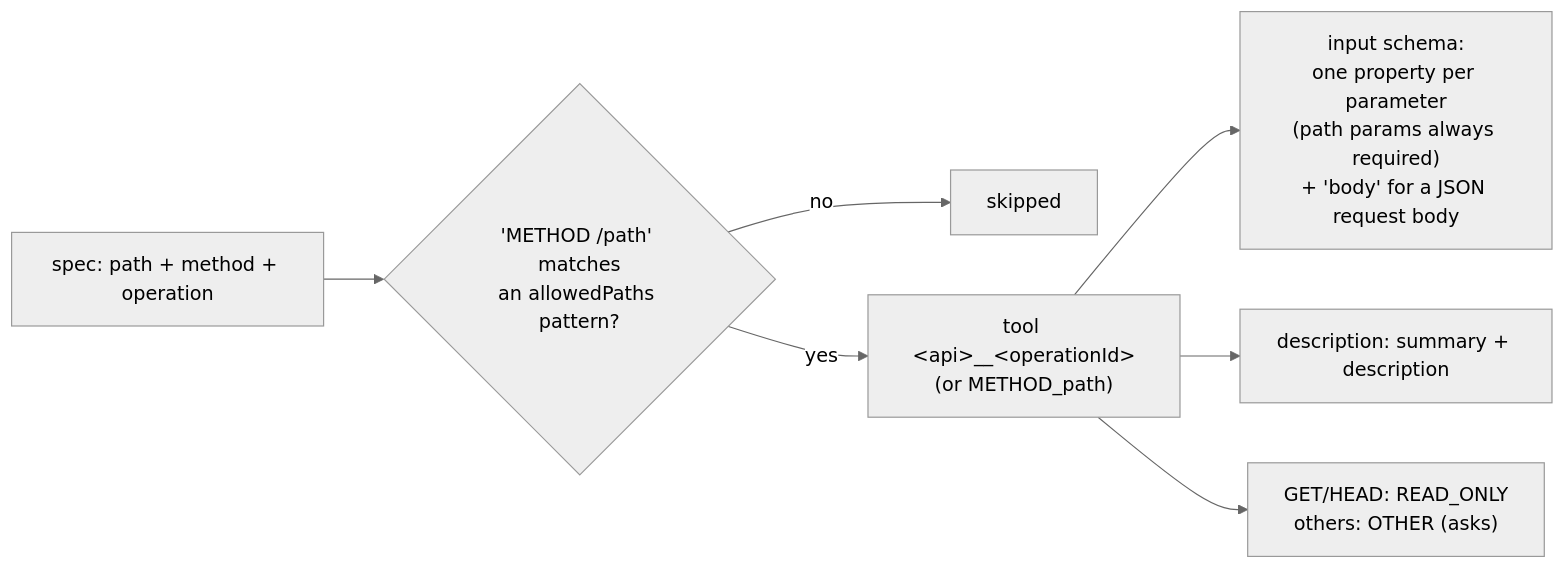
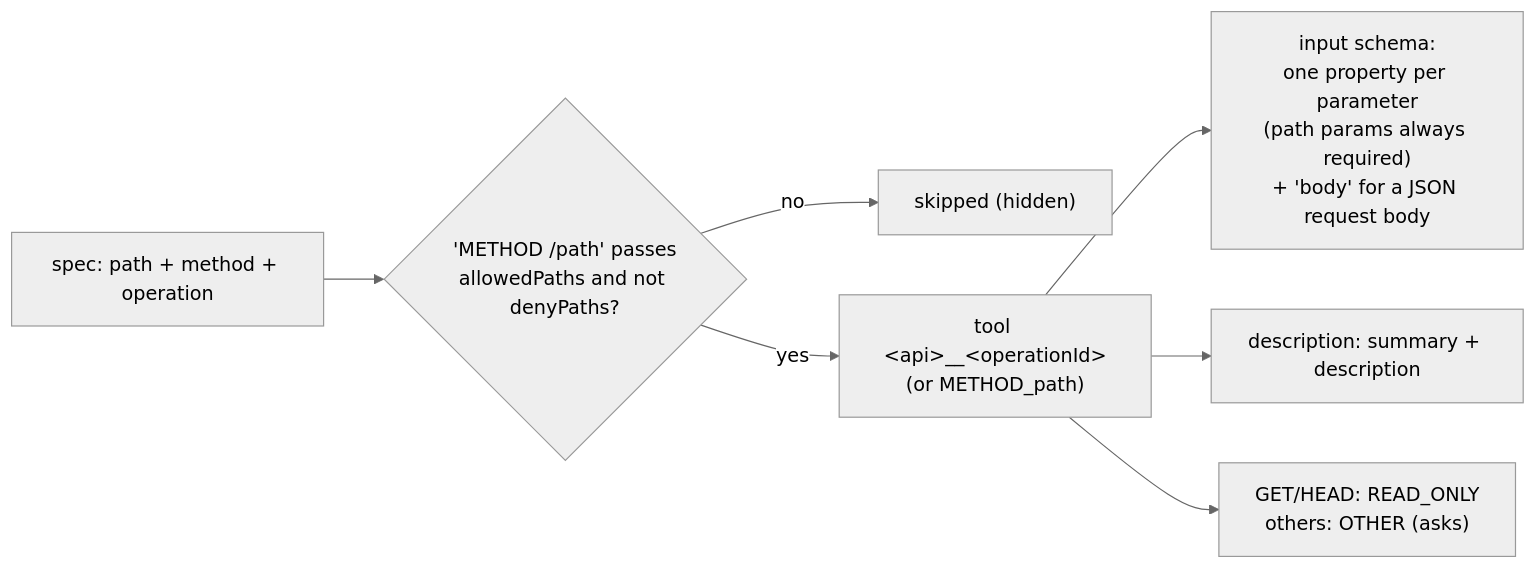
The third of 3 diagrams in docs/MCP.md (kendarorg/jllm), drawn with Mermaid (neutral theme) before and after one commit. The commit also changed other lines of this file and 592 other files, not shown here.

````diff
--- a/docs/MCP.md
+++ b/docs/MCP.md
@@ -149,9 +174,9 @@
 ```mermaid
 flowchart LR
-    S["spec: path + method + operation"] --> M{"'METHOD /path' matches<br/>an allowedPaths pattern?"}
-    M -->|no| X["skipped"]
+    S["spec: path + method + operation"] --> M{"'METHOD /path' passes<br/>allowedPaths and not denyPaths?"}
+    M -->|no| X["skipped (hidden)"]
     M -->|yes| T["tool &lt;api&gt;__&lt;operationId&gt;<br/>(or METHOD_path)"]
     T --> SC["input schema:<br/>one property per parameter<br/>(path params always required)<br/>+ 'body' for a JSON request body"]
     T --> D["description: summary + description"]
     T --> K["GET/HEAD: READ_ONLY<br/>others: OTHER (asks)"]
 ```
````
